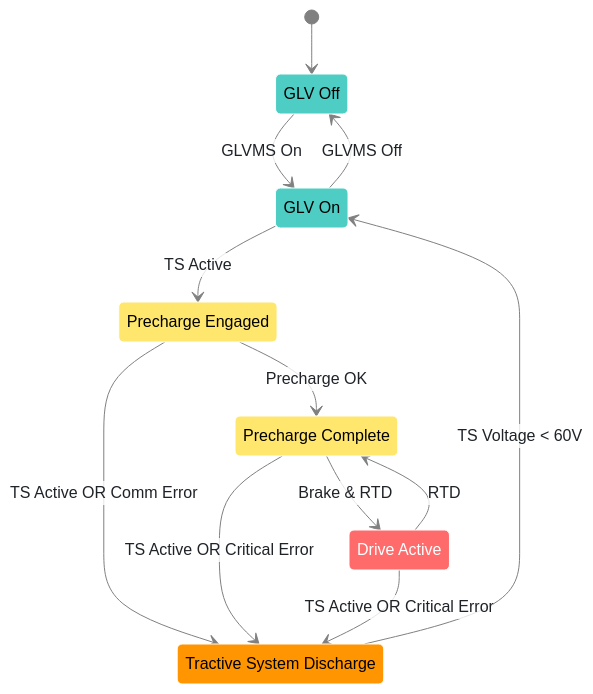
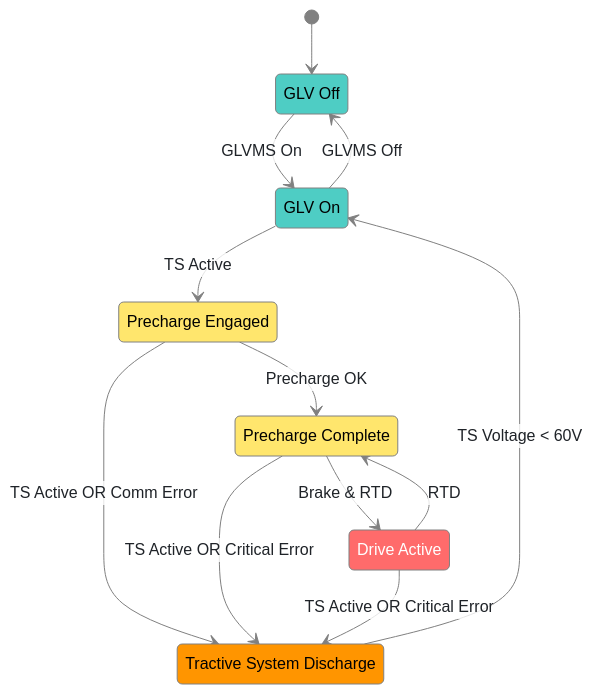
One commit to Gaucho-Racing/Firmware changed the diagram in Lib/GlobalShare/StateMachine.md. Above: the diagram before and after it, drawn with Mermaid.

Commit message:
Refactor themeCSS and class definitions for improved state diagram styling

````diff
--- a/Lib/GlobalShare/StateMachine.md
+++ b/Lib/GlobalShare/StateMachine.md
@@ -9,67 +9,67 @@
 ```mermaid
 %%{init: {
   'theme': 'base',
   'themeVariables': {
     'primaryColor': '#ff6b6b',
     'primaryTextColor': '#1f2328',
     'lineColor': '#808080',
     'edgeLabelBackground': 'rgba(255,255,255,0.8)',
     'transitionLabelColor': '#1f2328',
     'secondaryColor': '#4ecdc4',
     'tertiaryColor': '#ffe66d',
     'background': 'transparent',
     'mainBkg': 'transparent',
     'secondBkg': 'transparent',
     'tertiaryBkg': 'transparent'
   },
-  'themeCSS': '.transition { stroke: #808080; } marker path { fill: #808080; stroke: #808080; } .node rect, .node circle, .node ellipse, .node polygon, .node path { stroke: #808080; stroke-width: 0; }'
+  'themeCSS': '.transition { stroke: #808080; } marker path { fill: #808080; stroke: #808080; }'
 }}%%
 
 stateDiagram
 
     [*] --> GLV_Off
 
     %% Main horizontal flow (top row)
     GLV_Off --> GLV_On : GLVMS On
     GLV_On --> GLV_Off : GLVMS Off
     GLV_On --> Precharge_Engaged : TS Active
     Precharge_Engaged --> Precharge_Complete : Precharge OK
     Precharge_Complete --> Drive_Active : Brake & RTD
 
     %% Normal Operation Cycle (horizontal)
     Drive_Active --> Precharge_Complete : RTD
 
     %% Discharge state positioned below
     GLV_Off
     GLV_On
     Precharge_Engaged
     Precharge_Complete
     Drive_Active
     Tractive_System_Discharge
 
     %% Downward transitions to discharge
     Precharge_Engaged --> Tractive_System_Discharge : TS Active OR Comm Error
     Precharge_Complete --> Tractive_System_Discharge : TS Active OR Critical Error
     Drive_Active --> Tractive_System_Discharge : TS Active OR Critical Error
 
     %% Return upward from discharge
     Tractive_System_Discharge --> GLV_On : TS Voltage < 60V
 
     %% State Descriptions
     GLV_Off : GLV Off
     GLV_On : GLV On
     Precharge_Engaged : Precharge Engaged
     Precharge_Complete : Precharge Complete
     Drive_Active : Drive Active
     Tractive_System_Discharge : Tractive System Discharge
 
-    classDef safeState fill:#4ecdc4,stroke:#ffffff,stroke-width:1px,color:#000
-    classDef hvState fill:#ff6b6b,stroke:#ffffff,stroke-width:1px,color:#fff
-    classDef transitionState fill:#ffe66d,stroke:#ffffff,stroke-width:1px,color:#000
-    classDef dischargeState fill:#ff9500,stroke:#ffffff,stroke-width:1px,color:#000
+    classDef safeState fill:#4ecdc4,stroke:#808080,stroke-width:1px,color:#000
+    classDef hvState fill:#ff6b6b,stroke:#808080,stroke-width:1px,color:#fff
+    classDef transitionState fill:#ffe66d,stroke:#808080,stroke-width:1px,color:#000
+    classDef dischargeState fill:#ff9500,stroke:#808080,stroke-width:1px,color:#000
 
     class GLV_Off,GLV_On safeState
     class Drive_Active hvState
     class Precharge_Engaged,Precharge_Complete transitionState
     class Tractive_System_Discharge dischargeState
 ```
````
